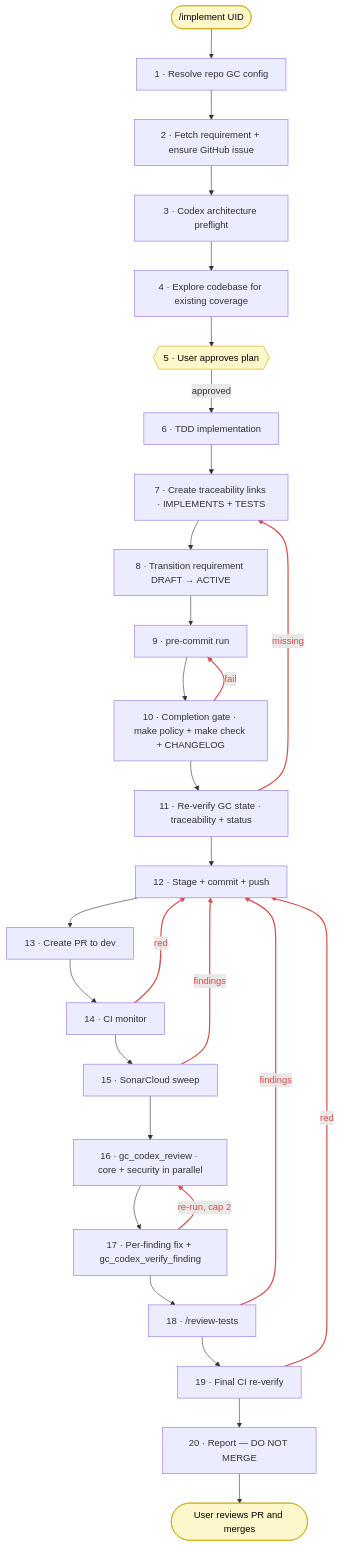
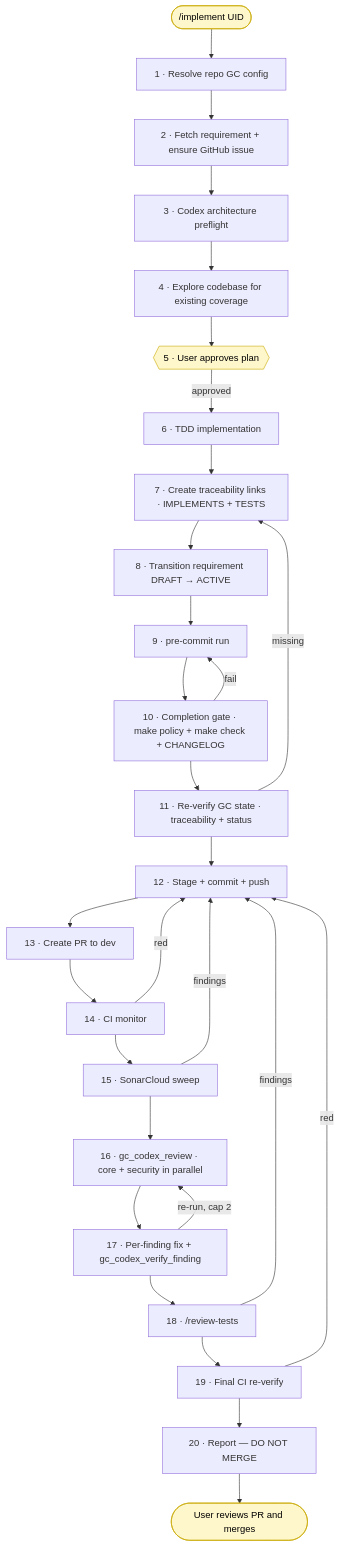
The diagram in docs/DEVELOPMENT_WORKFLOW.md (KeplerOps/Ground-Control), drawn with Mermaid before and after one commit.

Commit message:
Drop mermaid linkStyle that GitHub rendered as a stray node label

````diff
--- a/docs/DEVELOPMENT_WORKFLOW.md
+++ b/docs/DEVELOPMENT_WORKFLOW.md
@@ -57,60 +57,58 @@
 ```mermaid
 flowchart TB
   Start([/implement UID])
   S1[1 · Resolve repo GC config]
   S2[2 · Fetch requirement + ensure GitHub issue]
   S3[3 · Codex architecture preflight]
   S4[4 · Explore codebase for existing coverage]
   S5{{5 · User approves plan}}
   S6[6 · TDD implementation]
   S7[7 · Create traceability links · IMPLEMENTS + TESTS]
   S8[8 · Transition requirement DRAFT → ACTIVE]
   S9[9 · pre-commit run]
   S10[10 · Completion gate · make policy + make check + CHANGELOG]
   S11[11 · Re-verify GC state · traceability + status]
   S12[12 · Stage + commit + push]
   S13[13 · Create PR to dev]
   S14[14 · CI monitor]
   S15[15 · SonarCloud sweep]
   S16[16 · gc_codex_review · core + security in parallel]
   S17[17 · Per-finding fix + gc_codex_verify_finding]
   S18[18 · /review-tests]
   S19[19 · Final CI re-verify]
   S20[20 · Report — DO NOT MERGE]
   End([User reviews PR and merges])
 
   Start --> S1
   S1 --> S2
   S2 --> S3
   S3 --> S4
   S4 --> S5
   S5 -->|approved| S6
   S6 --> S7
   S7 --> S8
   S8 --> S9
   S9 --> S10
   S10 --> S11
   S11 --> S12
   S12 --> S13
   S13 --> S14
   S14 --> S15
   S15 --> S16
   S16 --> S17
   S17 --> S18
   S18 --> S19
   S19 --> S20
   S20 --> End
 
   S10 -->|fail| S9
   S11 -->|missing| S7
   S14 -->|red| S12
   S15 -->|findings| S12
   S17 -->|re-run, cap 2| S16
   S18 -->|findings| S12
   S19 -->|red| S12
 
   classDef user fill:#fff7cc,stroke:#c9a900,color:#000
   class S5,Start,End user
-
-  linkStyle 21,22,23,24,25,26,27 stroke:#d94a4a,stroke-width:2px,color:#d94a4a
 ```
````
